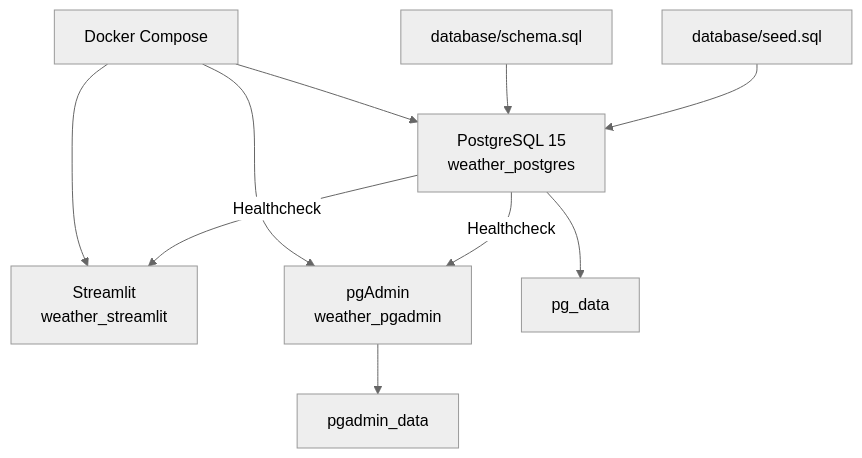
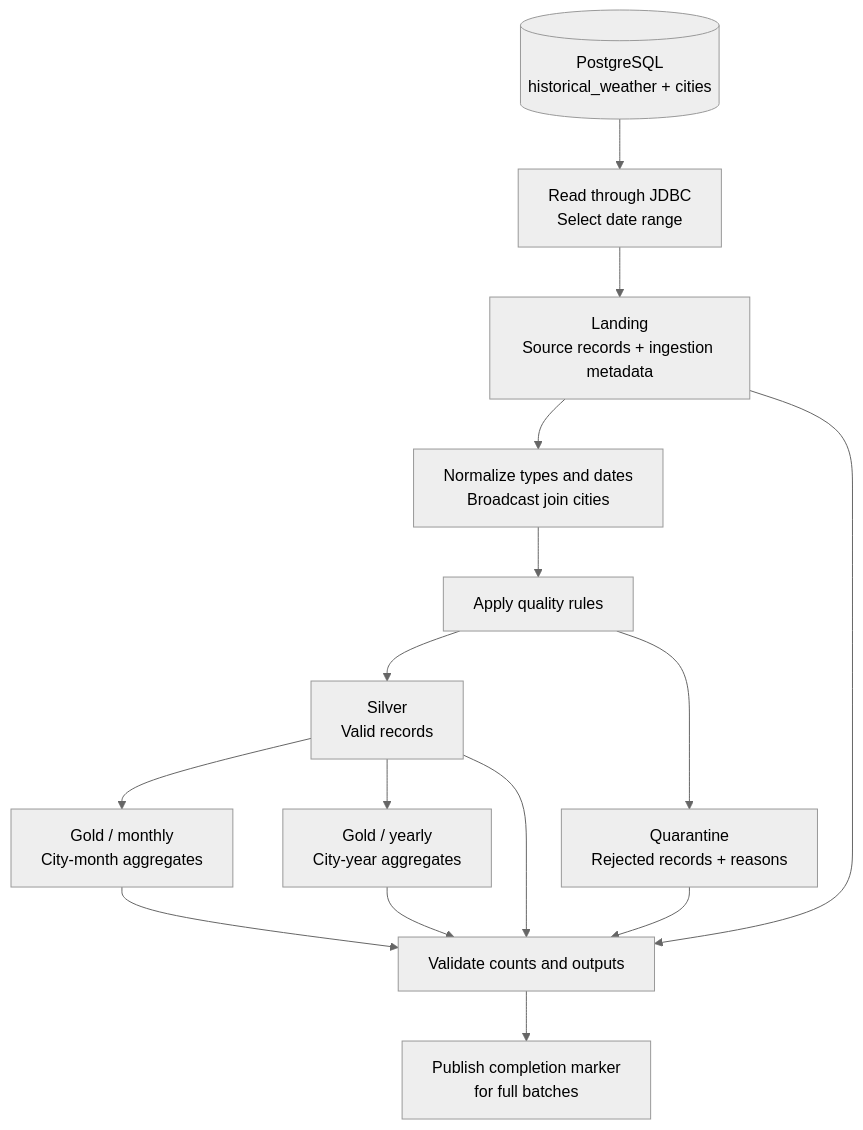
Before and after one commit to Avdatek5003/Weather-Data-Engineering-Platform: the second of 2 diagrams in README.md, drawn with Mermaid (neutral theme). The commit also changed other lines of this file and 3 other files, not shown here.

````diff
--- a/README.md
+++ b/README.md
@@ -324,28 +118,26 @@
 ```mermaid
 flowchart TD
+    A[("PostgreSQL<br/>historical_weather + cities")]
+    B["Read through JDBC<br/>Select date range"]
+    C["Landing<br/>Source records + ingestion metadata"]
+    D["Normalize types and dates<br/>Broadcast join cities"]
+    E["Apply quality rules"]
+    F["Silver<br/>Valid records"]
+    G["Quarantine<br/>Rejected records + reasons"]
+    H["Gold / monthly<br/>City-month aggregates"]
+    I["Gold / yearly<br/>City-year aggregates"]
+    J["Validate counts and outputs"]
+    K["Publish completion marker<br/>for full batches"]
 
-    COMPOSE["Docker Compose"]
-
-    DB["PostgreSQL 15<br/>weather_postgres"]
-    WEB["Streamlit<br/>weather_streamlit"]
-    ADMIN["pgAdmin<br/>weather_pgadmin"]
-
-    SCHEMA["database/schema.sql"]
-    SEED["database/seed.sql"]
-
-    PGVOL["pg_data"]
-    PAVOL["pgadmin_data"]
-
-    COMPOSE --> DB
-    COMPOSE --> WEB
-    COMPOSE --> ADMIN
-
-    SCHEMA --> DB
-    SEED --> DB
-
-    DB --> PGVOL
-    ADMIN --> PAVOL
-
-    DB -->|Healthcheck| WEB
-    DB -->|Healthcheck| ADMIN
+    A --> B --> C --> D --> E
+    E --> F
+    E --> G
+    F --> H
+    F --> I
+    C --> J
+    F --> J
+    G --> J
+    H --> J
+    I --> J
+    J --> K
 ```
````
